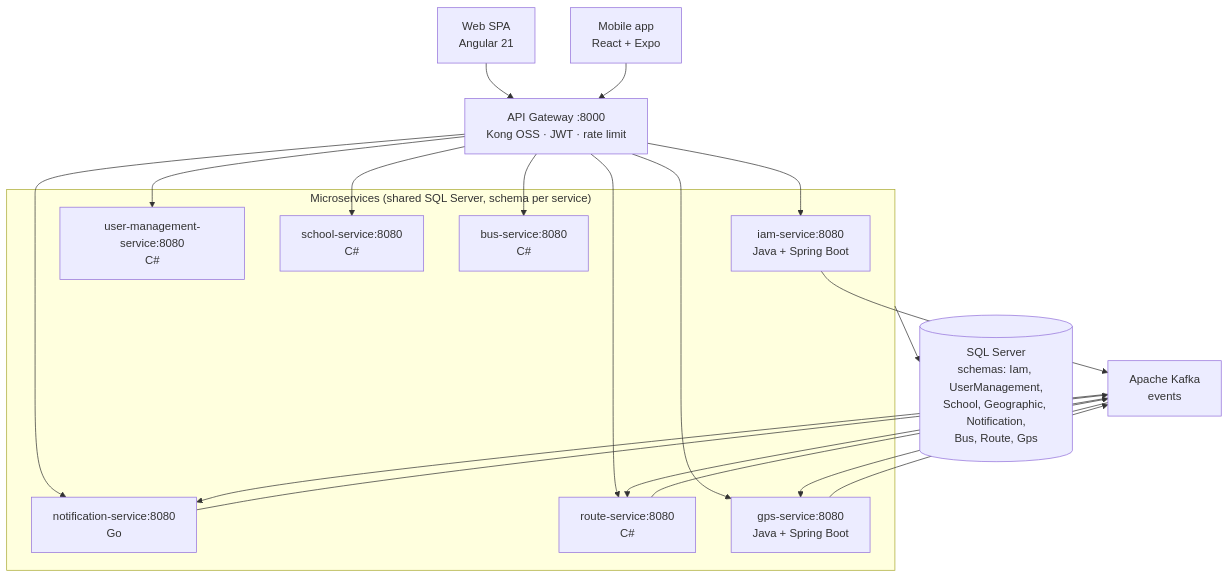
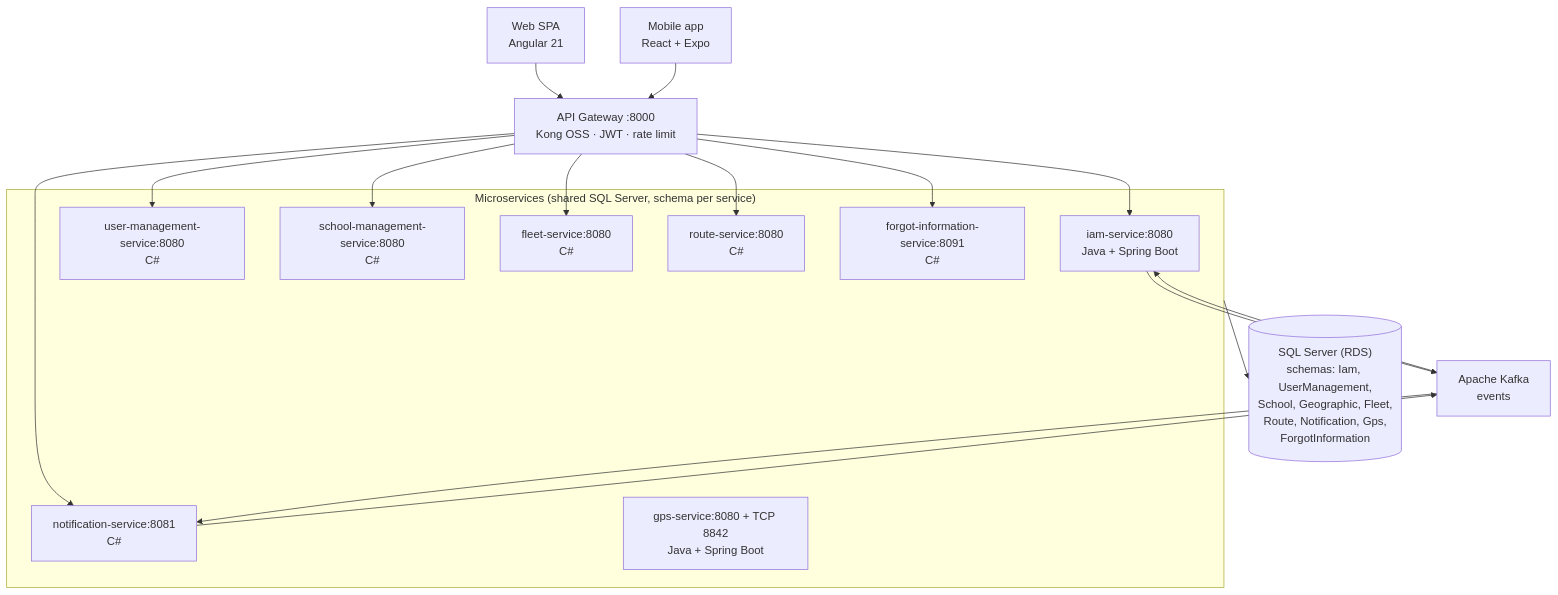
Before and after one commit to code-sena/sg-docs: the second of 2 diagrams in 05-architecture/overview.md, drawn with Mermaid. The commit also changed other lines of this file and 10 other files, not shown here.

````diff
--- a/05-architecture/overview.md
+++ b/05-architecture/overview.md
@@ -72,26 +72,27 @@
 ```mermaid
 flowchart TB
   web["Web SPA<br/>Angular 21"]
   mob["Mobile app<br/>React + Expo"]
   gw["API Gateway :8000<br/>Kong OSS · JWT · rate limit"]
 
   subgraph services["Microservices (shared SQL Server, schema per service)"]
     iam["iam-service:8080<br/>Java + Spring Boot"]
     um["user-management-service:8080<br/>C#"]
-    sch["school-service:8080<br/>C#"]
-    notif["notification-service:8080<br/>Go"]
-    bus["bus-service:8080<br/>C#"]
+    sch["school-management-service:8080<br/>C#"]
+    notif["notification-service:8081<br/>C#"]
+    fleet["fleet-service:8080<br/>C#"]
     rt["route-service:8080<br/>C#"]
-    gps["gps-service:8080<br/>Java + Spring Boot"]
+    gps["gps-service:8080 + TCP 8842<br/>Java + Spring Boot"]
+    forgot["forgot-information-service:8091<br/>C#"]
   end
 
   kafka["Apache Kafka<br/>events"]
-  db[("SQL Server<br/>schemas: Iam, UserManagement,<br/>School, Geographic, Notification,<br/>Bus, Route, Gps")]
+  db[("SQL Server (RDS)<br/>schemas: Iam, UserManagement,<br/>School, Geographic, Fleet,<br/>Route, Notification, Gps,<br/>ForgotInformation")]
 
   web --> gw
   mob --> gw
-  gw --> iam & um & sch & notif & bus & rt & gps
-  iam & notif & rt & gps --> kafka
-  kafka --> notif & rt & gps
+  gw --> iam & um & sch & notif & fleet & rt & forgot
+  iam & notif --> kafka
+  kafka --> iam & notif
   services --> db
 ```
````
